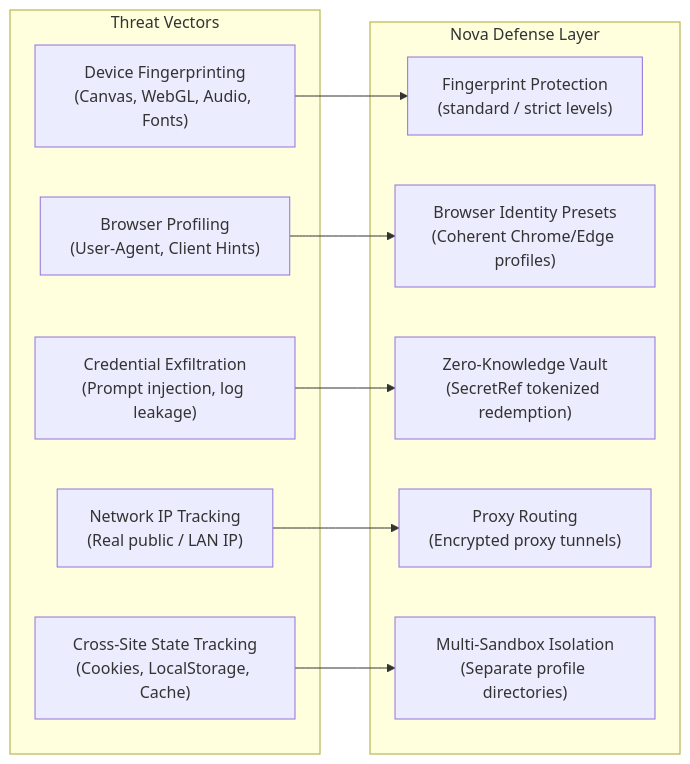
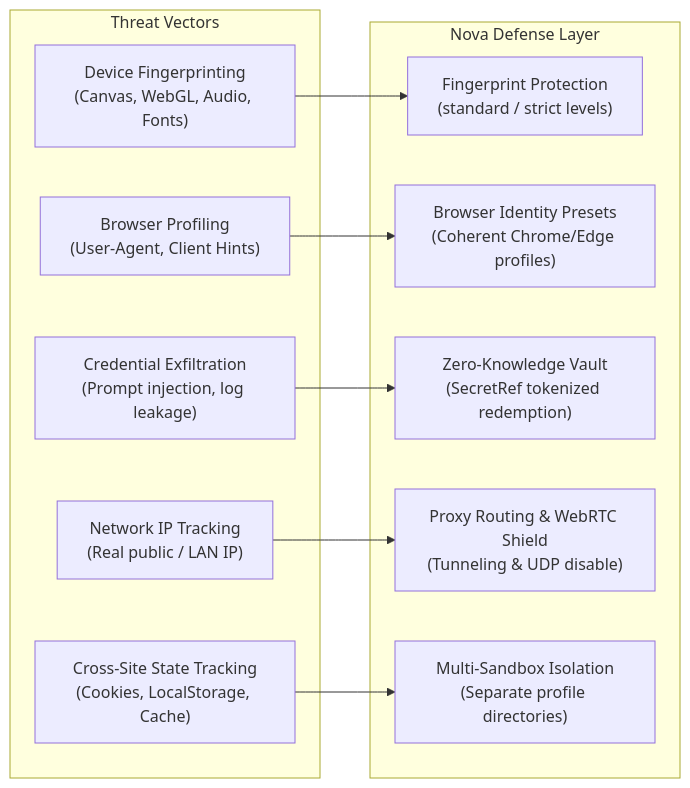
One commit to joelaniol/nova changed the second of 2 diagrams in docs/core-features/privacy/README.md. Above: the diagram before and after it, drawn with Mermaid. The commit also changed other lines of this file and 128 other files, not shown here.

````diff
--- a/docs/core-features/privacy/README.md
+++ b/docs/core-features/privacy/README.md
@@ -59,24 +67,24 @@
 ```mermaid
 flowchart LR
-    subgraph Attacks["Threat Vectors"]
-        T1["Device Fingerprinting\n(Canvas, WebGL, Audio, Fonts)"]
-        T2["Browser Profiling\n(User-Agent, Client Hints)"]
-        T3["Credential Exfiltration\n(Prompt injection, log leakage)"]
-        T4["Network IP Tracking\n(Real public / LAN IP)"]
-        T5["Cross-Site State Tracking\n(Cookies, LocalStorage, Cache)"]
+    subgraph Attacks ["Threat Vectors"]
+        T1["Device Fingerprinting<br/>(Canvas, WebGL, Audio, Fonts)"]
+        T2["Browser Profiling<br/>(User-Agent, Client Hints)"]
+        T3["Credential Exfiltration<br/>(Prompt injection, log leakage)"]
+        T4["Network IP Tracking<br/>(Real public / LAN IP)"]
+        T5["Cross-Site State Tracking<br/>(Cookies, LocalStorage, Cache)"]
     end
 
-    subgraph Defenses["Nova Defense Layer"]
-        D1["Fingerprint Protection\n(standard / strict levels)"]
-        D2["Browser Identity Presets\n(Coherent Chrome/Edge profiles)"]
-        D3["Zero-Knowledge Vault\n(SecretRef tokenized redemption)"]
-        D4["Proxy Routing\n(Encrypted proxy tunnels)"]
-        D5["Multi-Sandbox Isolation\n(Separate profile directories)"]
+    subgraph Defenses ["Nova Defense Layer"]
+        D1["Fingerprint Protection<br/>(standard / strict levels)"]
+        D2["Browser Identity Presets<br/>(Coherent Chrome/Edge profiles)"]
+        D3["Zero-Knowledge Vault<br/>(SecretRef tokenized redemption)"]
+        D4["Proxy Routing & WebRTC Shield<br/>(Tunneling & UDP disable)"]
+        D5["Multi-Sandbox Isolation<br/>(Separate profile directories)"]
     end
 
     T1 --> D1
     T2 --> D2
     T3 --> D3
     T4 --> D4
     T5 --> D5
 ```
````
